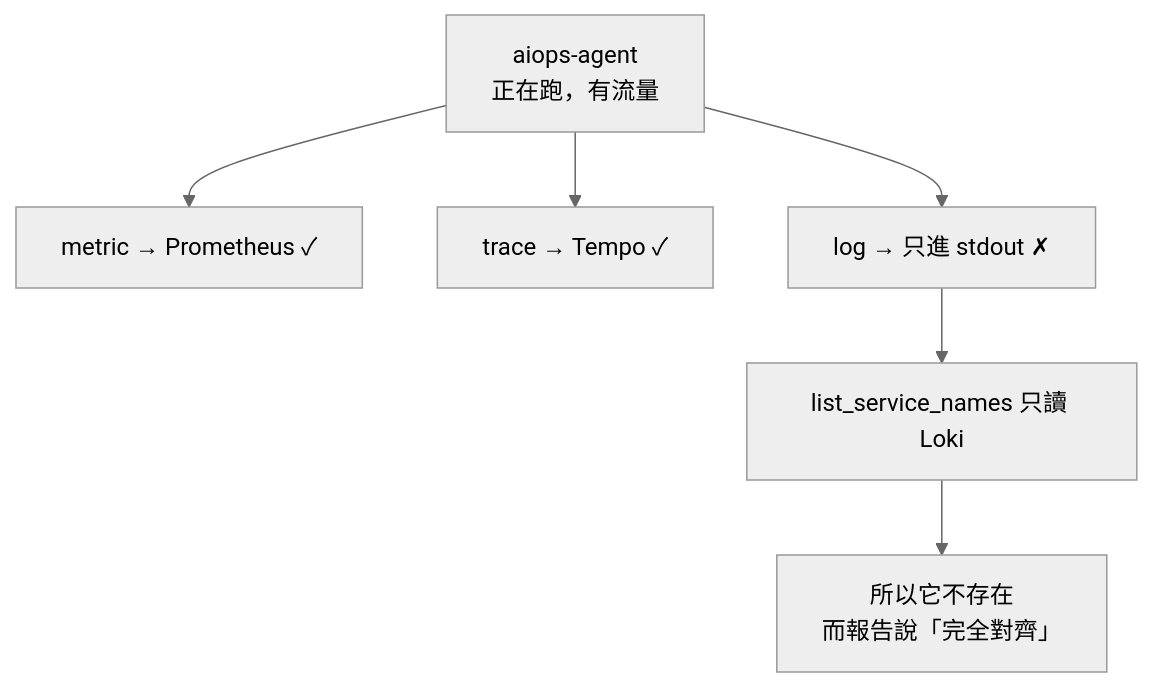
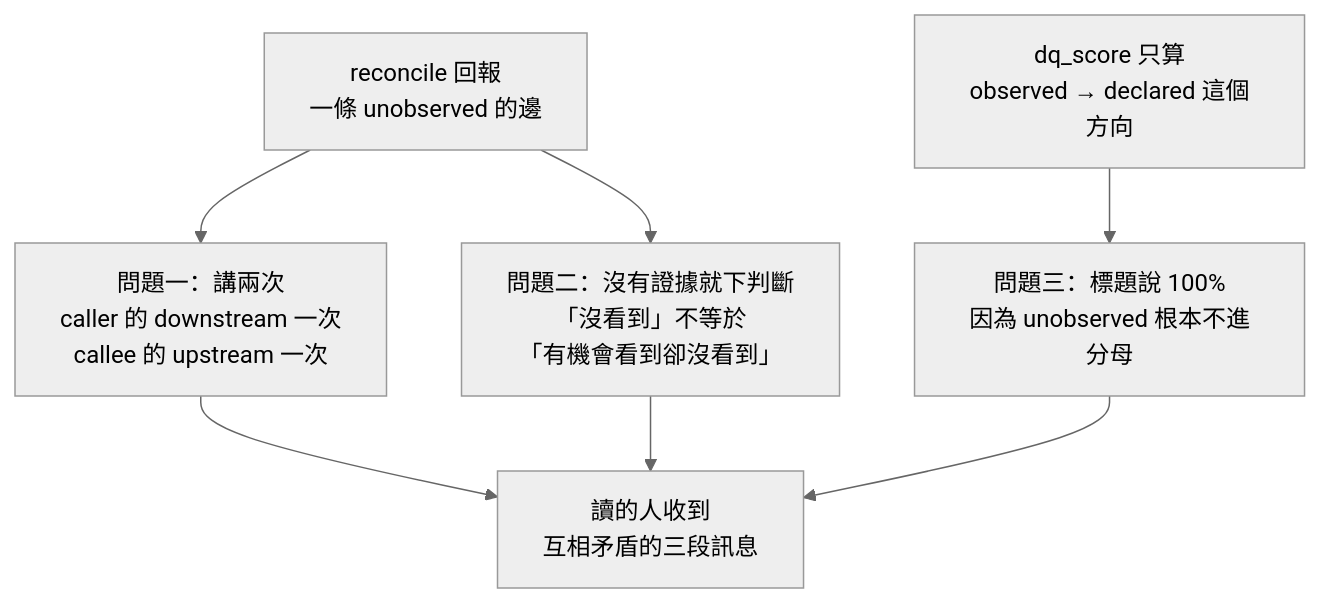
Before and after one commit to tedmax100/o11y-bench: the first of 2 diagrams in weaver-demo/ironman-2026/day16.md, drawn with Mermaid (neutral theme). The commit also changed other lines of this file and 29 other files, not shown here.

````diff
--- a/weaver-demo/ironman-2026/day16.md
+++ b/weaver-demo/ironman-2026/day16.md
@@ -65,8 +45,9 @@
 ```mermaid
 flowchart TB
-    A["aiops-agent<br/>正在跑，有流量"] --> M["metric → Prometheus ✓"]
-    A --> T["trace → Tempo ✓"]
-    A --> L["log → 只進 stdout ✗"]
-    L --> Q["list_service_names 只讀 Loki"]
-    Q --> R["所以它不存在<br/>而報告說「完全對齊」"]
+    D["reconcile 回報<br/>一條 unobserved 的邊"] --> P1["問題一：講兩次<br/>caller 的 downstream 一次<br/>callee 的 upstream 一次"]
+    D --> P2["問題二：沒有證據就下判斷<br/>「沒看到」不等於<br/>「有機會看到卻沒看到」"]
+    S["dq_score 只算<br/>observed → declared 這個方向"] --> P3["問題三：標題說 100%<br/>因為 unobserved 根本不進分母"]
+    P1 --> N["讀的人收到<br/>互相矛盾的三段訊息"]
+    P2 --> N
+    P3 --> N
 ```
````
